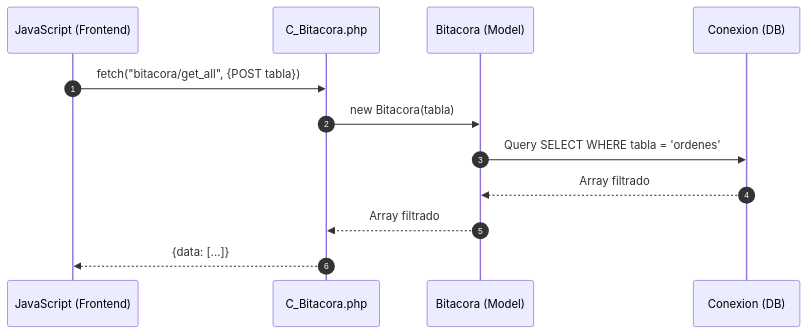
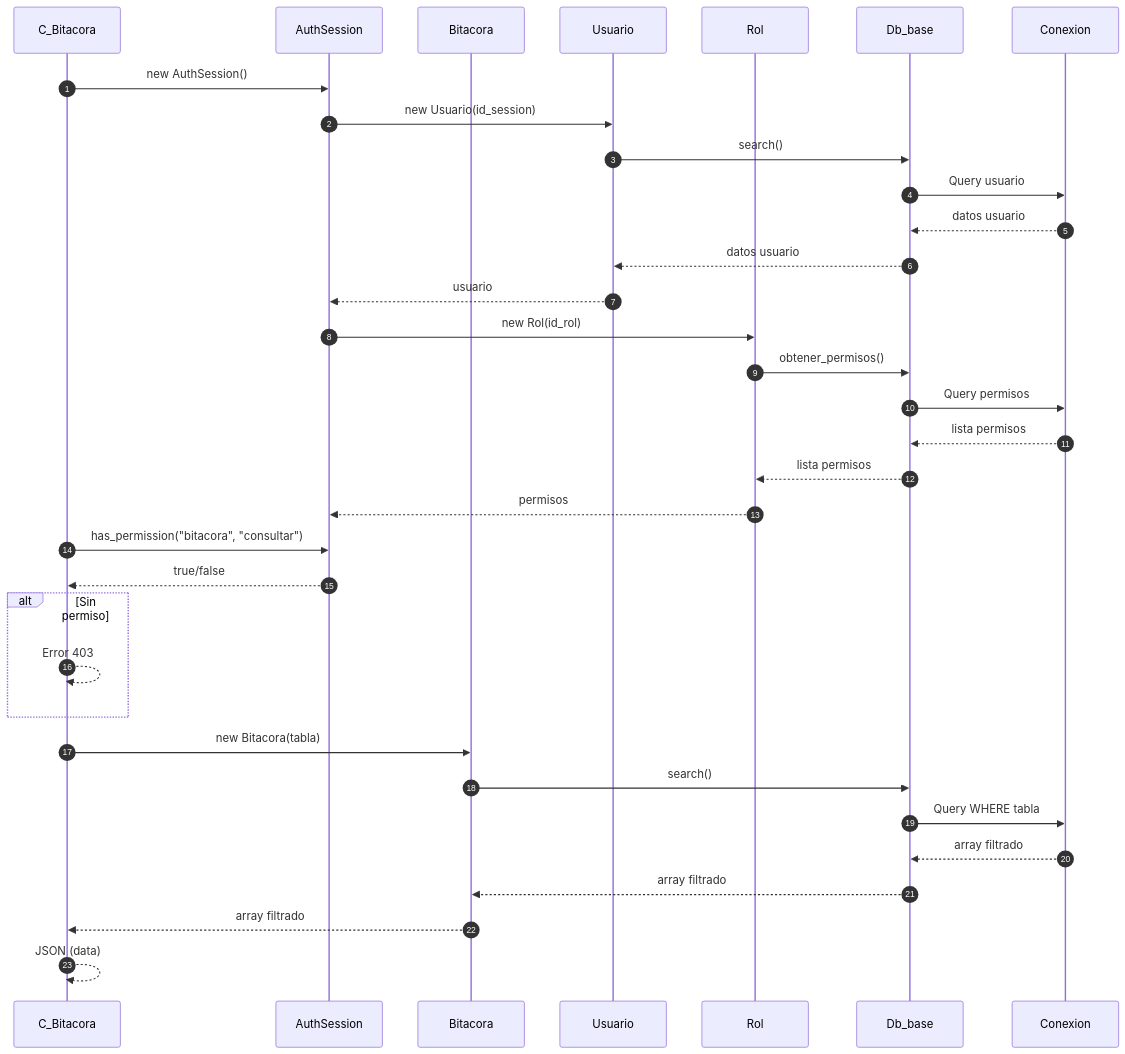
The third of 3 diagrams in docs/secuencia/bitacora/bitacora.md (Tecrato/BurgerHouse), drawn with Mermaid before and after one commit. The commit also changed other lines of this file and 13 other files, not shown here.

First line of the commit message:
diagramas actualizaos

````diff
--- a/docs/secuencia/bitacora/bitacora.md
+++ b/docs/secuencia/bitacora/bitacora.md
@@ -71,17 +95,42 @@
 ```mermaid
 sequenceDiagram
     autonumber
-    participant JS as JavaScript (Frontend)
-    participant C_Bitacora as C_Bitacora.php
-    participant Bitacora as Bitacora (Model)
-    participant DB as Conexion (DB)
+    participant C_Bitacora as C_Bitacora
+    participant AuthSession as AuthSession
+    participant Bitacora as Bitacora
+    participant Usuario as Usuario
+    participant Rol as Rol
+    participant Db_base as Db_base
+    participant Conexion as Conexion
     
-    JS->>C_Bitacora: fetch("bitacora/get_all", {POST tabla})
+    C_Bitacora->>AuthSession: new AuthSession()
+    AuthSession->>Usuario: new Usuario(id_session)
+    Usuario->>Db_base: search()
+    Db_base->>Conexion: Query usuario
+    Conexion-->>Db_base: datos usuario
+    Db_base-->>Usuario: datos usuario
+    Usuario-->>AuthSession: usuario
+    
+    AuthSession->>Rol: new Rol(id_rol)
+    Rol->>Db_base: obtener_permisos()
+    Db_base->>Conexion: Query permisos
+    Conexion-->>Db_base: lista permisos
+    Db_base-->>Rol: lista permisos
+    Rol-->>AuthSession: permisos
+    
+    C_Bitacora->>AuthSession: has_permission("bitacora", "consultar")
+    AuthSession-->>C_Bitacora: true/false
+    
+    alt Sin permiso
+        C_Bitacora-->>C_Bitacora: Error 403
+    end
     
     C_Bitacora->>Bitacora: new Bitacora(tabla)
-    Bitacora->>DB: Query SELECT WHERE tabla = 'ordenes'
-    DB-->>Bitacora: Array filtrado
-    Bitacora-->>C_Bitacora: Array filtrado
+    Bitacora->>Db_base: search()
+    Db_base->>Conexion: Query WHERE tabla
+    Conexion-->>Db_base: array filtrado
+    Db_base-->>Bitacora: array filtrado
+    Bitacora-->>C_Bitacora: array filtrado
     
-    C_Bitacora-->>JS: {data: [...]}
+    C_Bitacora-->>C_Bitacora: JSON (data)
 ```
````
